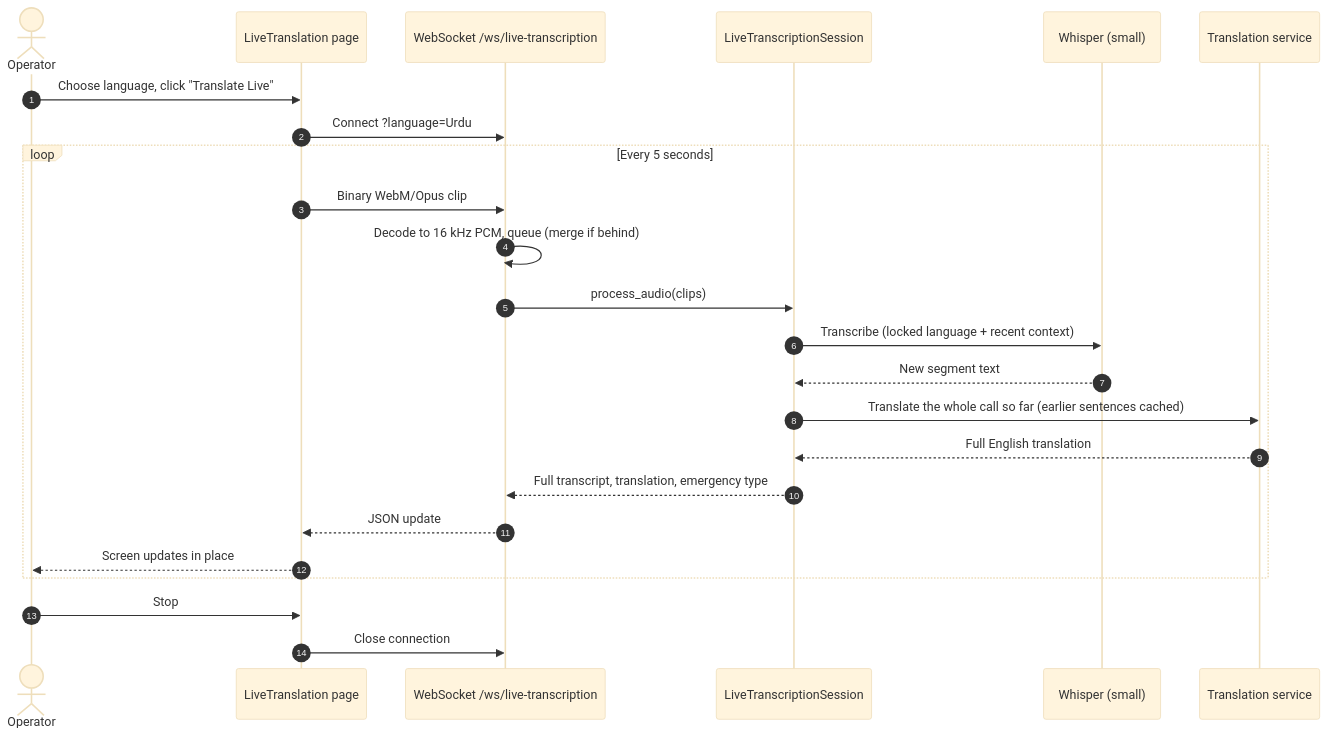
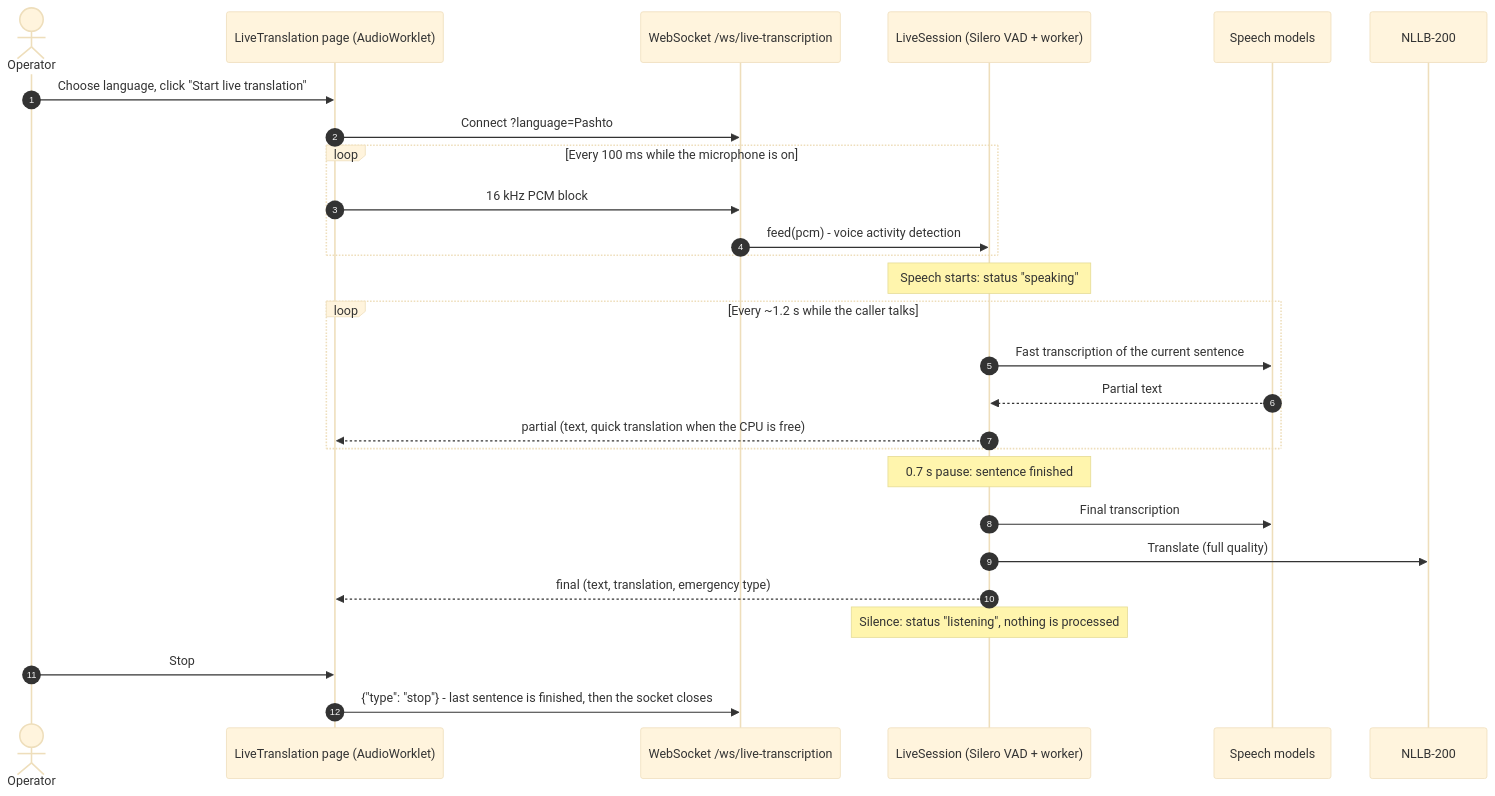
The third of 5 diagrams in README.md (waqar3626/EmergencyCallTranslation), drawn with Mermaid (base theme) before and after one commit. The commit also changed other lines of this file and 11 other files, not shown here.

````diff
--- a/README.md
+++ b/README.md
@@ -220,27 +221,30 @@
 ```mermaid
 sequenceDiagram
     autonumber
     actor Op as Operator
-    participant FE as LiveTranslation page
+    participant FE as LiveTranslation page (AudioWorklet)
     participant WS as WebSocket /ws/live-transcription
-    participant S as LiveTranscriptionSession
-    participant STT as Whisper (small)
-    participant TR as Translation service
+    participant S as LiveSession (Silero VAD + worker)
+    participant STT as Speech models
+    participant TR as NLLB-200
 
-    Op->>FE: Choose language, click "Translate Live"
-    FE->>WS: Connect ?language=Urdu
-    loop Every 5 seconds
-        FE->>WS: Binary WebM/Opus clip
-        WS->>WS: Decode to 16 kHz PCM, queue (merge if behind)
-        WS->>S: process_audio(clips)
-        S->>STT: Transcribe (locked language + recent context)
-        STT-->>S: New segment text
-        S->>TR: Translate the whole call so far (earlier sentences cached)
-        TR-->>S: Full English translation
-        S-->>WS: Full transcript, translation, emergency type
-        WS-->>FE: JSON update
-        FE-->>Op: Screen updates in place
+    Op->>FE: Choose language, click "Start live translation"
+    FE->>WS: Connect ?language=Pashto
+    loop Every 100 ms while the microphone is on
+        FE->>WS: 16 kHz PCM block
+        WS->>S: feed(pcm) - voice activity detection
     end
+    Note over S: Speech starts: status "speaking"
+    loop Every ~1.2 s while the caller talks
+        S->>STT: Fast transcription of the current sentence
+        STT-->>S: Partial text
+        S-->>FE: partial (text, quick translation when the CPU is free)
+    end
+    Note over S: 0.7 s pause: sentence finished
+    S->>STT: Final transcription
+    S->>TR: Translate (full quality)
+    S-->>FE: final (text, translation, emergency type)
+    Note over S: Silence: status "listening", nothing is processed
     Op->>FE: Stop
-    FE->>WS: Close connection
+    FE->>WS: {"type": "stop"} - last sentence is finished, then the socket closes
 ```
````
